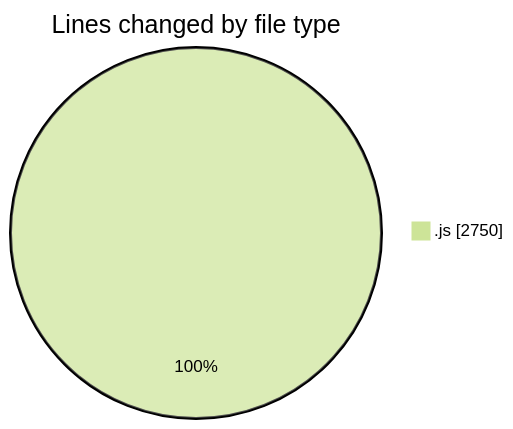
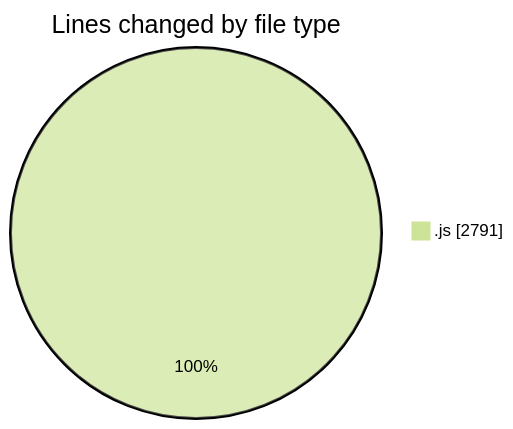
One commit to nxtqubesakshisongat/code-tracking changed the first of 2 diagrams in 2025-09-03/nxtqube_webapp/README.md. Above: the diagram before and after it, drawn with Mermaid (forest theme). The commit also changed other lines of this file and 1 other file, not shown here.

````diff
--- a/2025-09-03/nxtqube_webapp/README.md
+++ b/2025-09-03/nxtqube_webapp/README.md
@@ -20,5 +20,5 @@
 ```mermaid
 pie showData
 title Lines changed by file type
-".js" : 2750
+".js" : 2791
 ```
````
